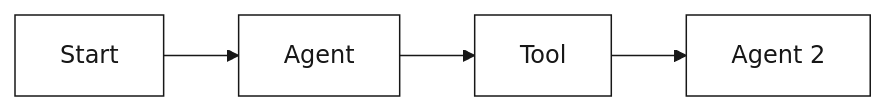
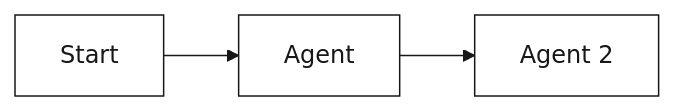
Before and after one commit to splox-ai/docs: the first of 12 diagrams in concepts/workflows.mdx, drawn with Mermaid. The commit also changed other lines of this file, not shown here.

Commit message:
Remove Tool node from workflow diagrams for clarity

````diff
--- a/concepts/workflows.mdx
+++ b/concepts/workflows.mdx
@@ -229,10 +229,9 @@
 ```mermaid
 %%{init: {'theme':'base', 'themeVariables': {'primaryColor':'#f5f5f5','primaryTextColor':'#171717','primaryBorderColor':'#171717','lineColor':'#171717','secondaryColor':'#ffffff','tertiaryColor':'#f5f5f5','background':'#ffffff','mainBkg':'#f5f5f5','secondBkg':'#ffffff','textColor':'#171717','nodeTextColor':'#171717','nodeBorder':'#171717','edgeLabelBackground':'#ffffff'}}}%%
 graph LR
-    Start[Start] --> Agent[Agent] --> Tool[Tool] --> Next[Agent 2]
+    Start[Start] --> Agent[Agent] --> Next[Agent 2]
     
     style Start fill:#ffffff,stroke:#171717
     style Agent fill:#ffffff,stroke:#171717
-    style Tool fill:#ffffff,stroke:#171717
     style Next fill:#ffffff,stroke:#171717
 ```
````
